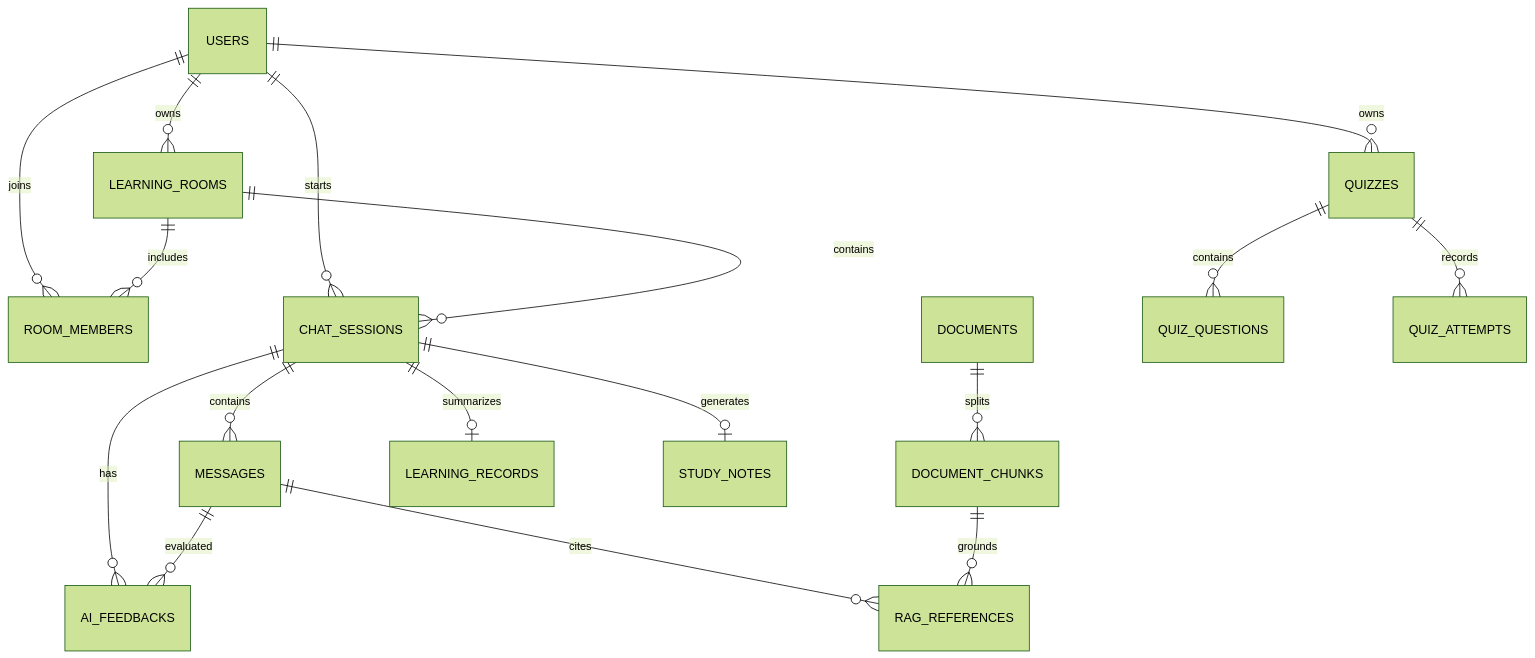
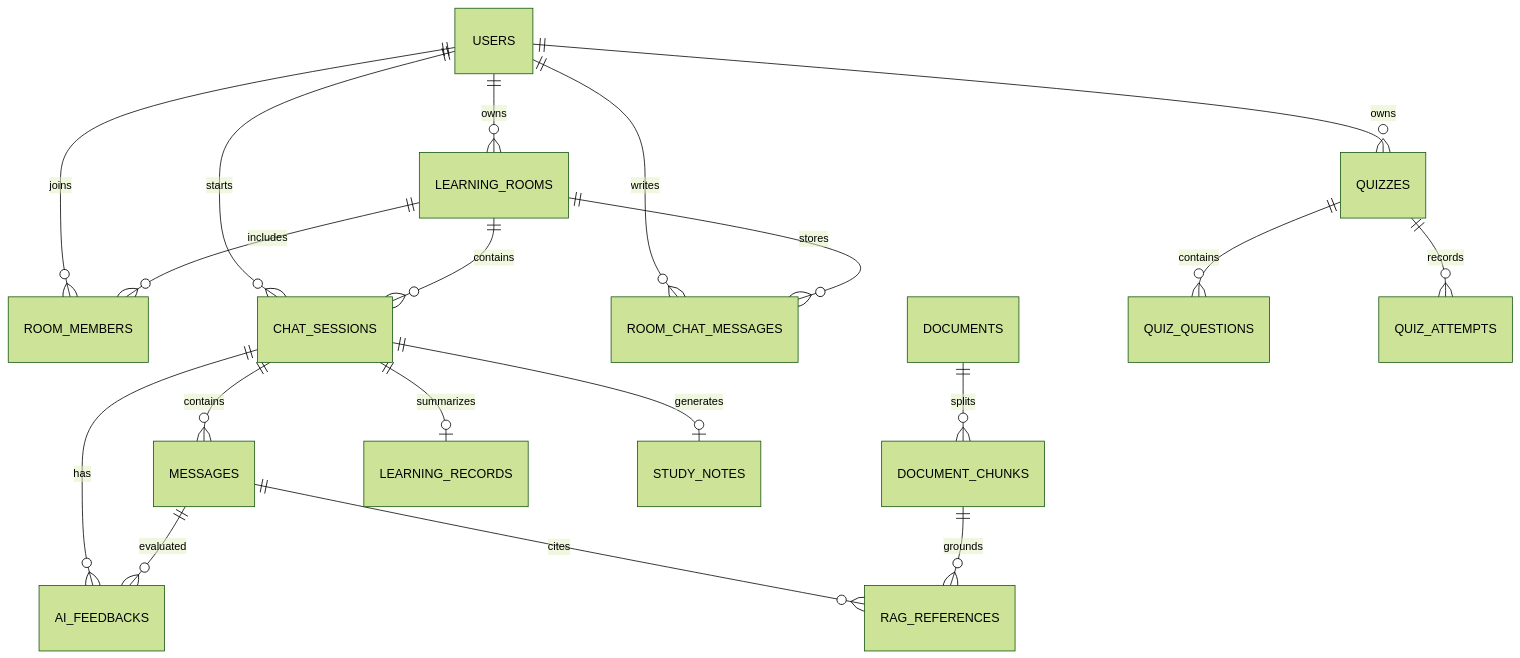
One commit to 20211400jiho/havruta-ai-tutor changed the third of 4 diagrams in docs/PROJECT_MANUAL.md. Above: the diagram before and after it, drawn with Mermaid (forest theme). The commit also changed other lines of this file and 26 other files, not shown here.

Commit message:
feat: add Railway deployment and realtime room chat

````diff
--- a/docs/PROJECT_MANUAL.md
+++ b/docs/PROJECT_MANUAL.md
@@ -212,19 +215,21 @@
 ```mermaid
 erDiagram
     USERS ||--o{ LEARNING_ROOMS : owns
     USERS ||--o{ ROOM_MEMBERS : joins
     LEARNING_ROOMS ||--o{ ROOM_MEMBERS : includes
     USERS ||--o{ CHAT_SESSIONS : starts
     LEARNING_ROOMS ||--o{ CHAT_SESSIONS : contains
     CHAT_SESSIONS ||--o{ MESSAGES : contains
+    USERS ||--o{ ROOM_CHAT_MESSAGES : writes
+    LEARNING_ROOMS ||--o{ ROOM_CHAT_MESSAGES : stores
     CHAT_SESSIONS ||--o{ AI_FEEDBACKS : has
     MESSAGES ||--o{ AI_FEEDBACKS : evaluated
     DOCUMENTS ||--o{ DOCUMENT_CHUNKS : splits
     MESSAGES ||--o{ RAG_REFERENCES : cites
     DOCUMENT_CHUNKS ||--o{ RAG_REFERENCES : grounds
     CHAT_SESSIONS ||--o| LEARNING_RECORDS : summarizes
     CHAT_SESSIONS ||--o| STUDY_NOTES : generates
     USERS ||--o{ QUIZZES : owns
     QUIZZES ||--o{ QUIZ_QUESTIONS : contains
     QUIZZES ||--o{ QUIZ_ATTEMPTS : records
 ```
````
